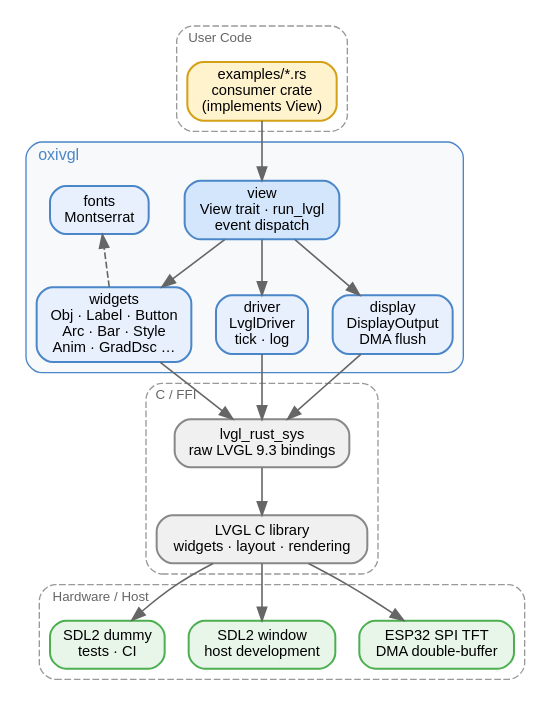
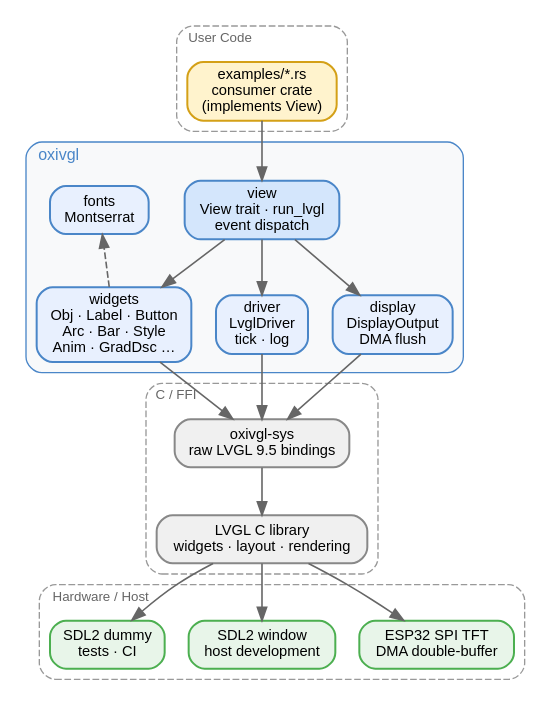
The diagram in docs/architecture.dot (emobotics-dev/oxivgl), drawn with Graphviz before and after one commit. The commit also changed 29 other files, not shown here.

```diff
--- a/docs/architecture.dot
+++ b/docs/architecture.dot
@@ -1,83 +1,83 @@
 // oxivgl architecture — generate SVG with: dot -Tsvg architecture.dot -o architecture.svg
 digraph architecture {
     rankdir=TB
     fontname="sans-serif"
     node [fontname="sans-serif" fontsize=11 shape=box style="rounded,filled"
           penwidth=1.5]
     edge [color="#666666" penwidth=1.2]
 
     // ── User code ────────────────────────────────────────────────
     subgraph cluster_user {
         label="User Code" labeljust=l fontsize=10 fontcolor="#666666"
         style="dashed,rounded" color="#999999"
 
         app [label="examples/*.rs\nconsumer crate\n(implements View)"
              fillcolor="#fff3cd" color="#d4a017"]
     }
 
     // ── oxivgl crate ─────────────────────────────────────────────
     subgraph cluster_oxivgl {
         label="oxivgl" labeljust=l fontsize=12 fontcolor="#4a86c8"
         style="rounded,filled" fillcolor="#f8f9fa" color="#4a86c8"
 
         view [label="view\nView trait · run_lvgl\nevent dispatch"
               fillcolor="#d4e6fc" color="#4a86c8"]
 
         driver [label="driver\nLvglDriver\ntick · log"
                 fillcolor="#e8f0fe" color="#4a86c8"]
 
         display [label="display\nDisplayOutput\nDMA flush"
                  fillcolor="#e8f0fe" color="#4a86c8"]
 
         widgets [label="widgets\nObj · Label · Button\nArc · Bar · Style\nAnim · GradDsc …"
                  fillcolor="#e8f0fe" color="#4a86c8"]
 
         fonts [label="fonts\nMontserrat"
                fillcolor="#e8f0fe" color="#4a86c8"]
     }
 
     // ── C / FFI ──────────────────────────────────────────────────
     subgraph cluster_ffi {
         label="C / FFI" labeljust=l fontsize=10 fontcolor="#666666"
         style="dashed,rounded" color="#999999"
 
-        sys [label="lvgl_rust_sys\nraw LVGL 9.3 bindings"
+        sys [label="oxivgl-sys\nraw LVGL 9.5 bindings"
              fillcolor="#f0f0f0" color="#888888"]
 
         lvgl_c [label="LVGL C library\nwidgets · layout · rendering"
                 fillcolor="#f0f0f0" color="#888888"]
     }
 
     // ── Hardware / Host ──────────────────────────────────────────
     subgraph cluster_hw {
         label="Hardware / Host" labeljust=l fontsize=10 fontcolor="#666666"
         style="dashed,rounded" color="#999999"
 
         esp [label="ESP32 SPI TFT\nDMA double-buffer"
              fillcolor="#e8f5e9" color="#4caf50"]
         sdl [label="SDL2 window\nhost development"
              fillcolor="#e8f5e9" color="#4caf50"]
         dummy [label="SDL2 dummy\ntests · CI"
                fillcolor="#e8f5e9" color="#4caf50"]
     }
 
     // ── Edges ────────────────────────────────────────────────────
     app -> view
 
     view -> driver
     view -> display
     view -> widgets
 
     // fonts floats — dashed dep from widgets, no rank constraint
     widgets -> fonts [style=dashed constraint=false]
 
     driver  -> sys
     display -> sys
     widgets -> sys
 
     sys -> lvgl_c
 
     lvgl_c -> esp
     lvgl_c -> sdl
     lvgl_c -> dummy
 }
```
